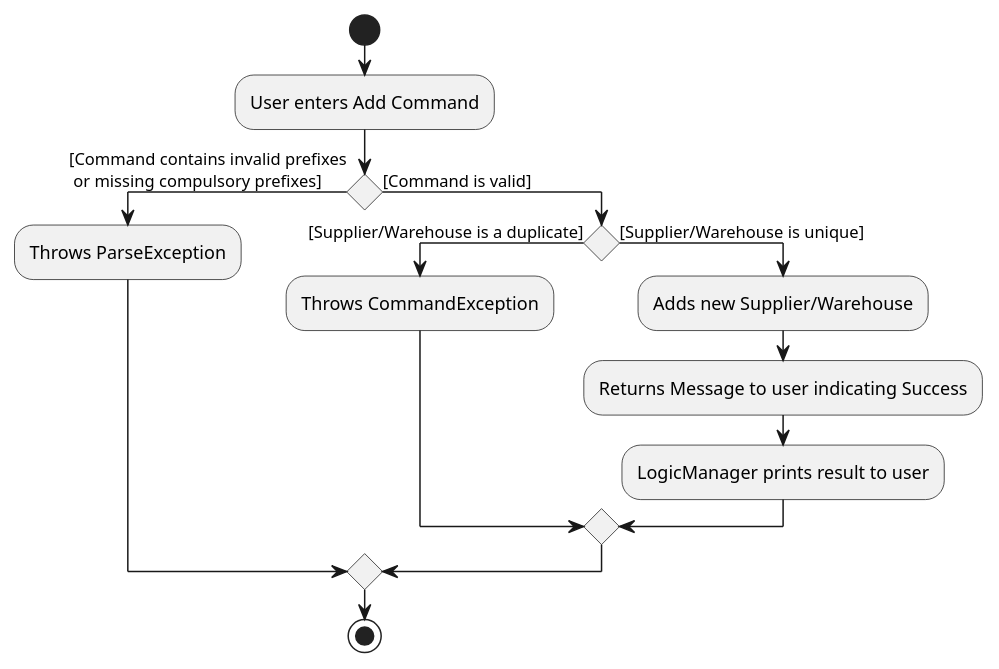
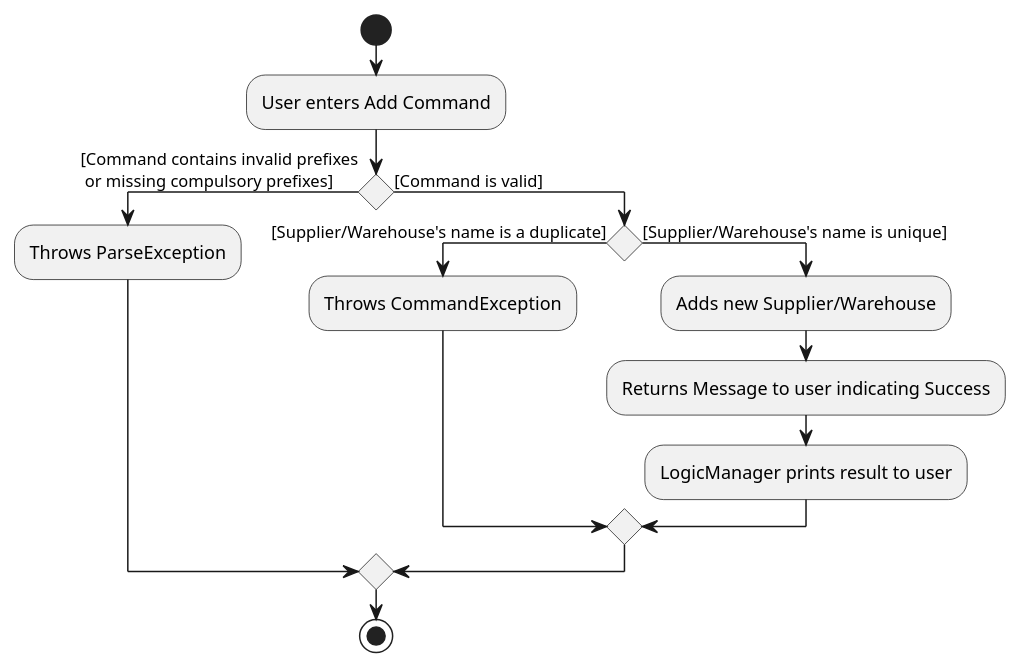
One commit to tohyuting/tp changed the diagram in docs/diagrams/AddCommandActivityDiagram.puml. Above: the diagram before and after it, drawn with PlantUML. The commit also changed 3 other files, not shown here.

Commit message:
Update UML Diagrams and formatting

```diff
--- a/docs/diagrams/AddCommandActivityDiagram.puml
+++ b/docs/diagrams/AddCommandActivityDiagram.puml
@@ -1,22 +1,22 @@
 @startuml
 start
 :User enters Add Command;
 
 
 If () then ([Command contains invalid prefixes
  or missing compulsory prefixes])
     :Throws ParseException;
 
     else ([Command is valid])
 
-    If () then ([Supplier/Warehouse is a duplicate])
+    If () then ([Supplier/Warehouse's name is a duplicate])
     :Throws CommandException;
 
-    else ([Supplier/Warehouse is unique])
+    else ([Supplier/Warehouse's name is unique])
         :Adds new Supplier/Warehouse;
         :Returns Message to user indicating Success;
         :LogicManager prints result to user;
         endif
     endif
 stop
 @enduml
```
